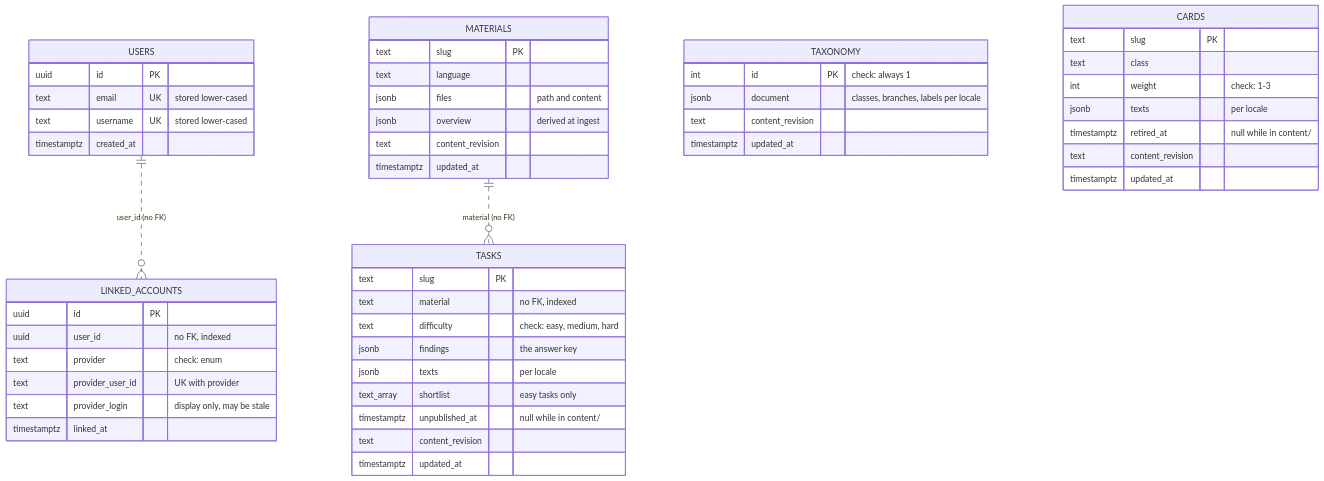
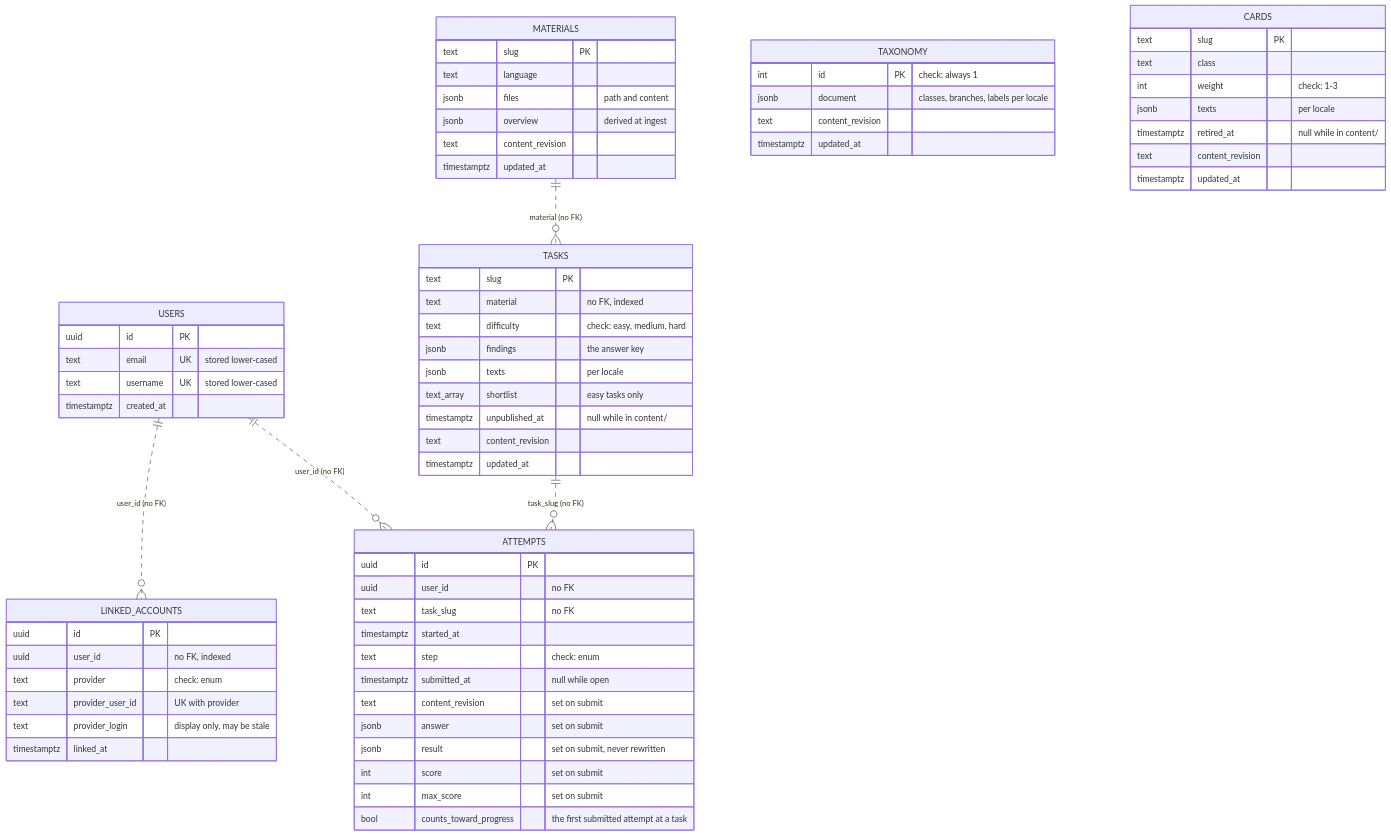
The diagram in docs/DATABASE_SCHEMA.md (shoraLBRT/ritocode), drawn with Mermaid before and after one commit. The commit also changed other lines of this file and 39 other files, not shown here.

First line of the commit message:
feat: Attempts module - start, record step, submit, read, history (#125)

````diff
--- a/docs/DATABASE_SCHEMA.md
+++ b/docs/DATABASE_SCHEMA.md
@@ -26,59 +27,76 @@
 ```mermaid
 erDiagram
     USERS ||..o{ LINKED_ACCOUNTS : "user_id (no FK)"
     MATERIALS ||..o{ TASKS : "material (no FK)"
+    USERS ||..o{ ATTEMPTS : "user_id (no FK)"
+    TASKS ||..o{ ATTEMPTS : "task_slug (no FK)"
 
     USERS {
         uuid id PK
         text email UK "stored lower-cased"
         text username UK "stored lower-cased"
         timestamptz created_at
     }
 
     LINKED_ACCOUNTS {
         uuid id PK
         uuid user_id "no FK, indexed"
         text provider "check: enum"
         text provider_user_id "UK with provider"
         text provider_login "display only, may be stale"
         timestamptz linked_at
     }
 
     TAXONOMY {
         int id PK "check: always 1"
         jsonb document "classes, branches, labels per locale"
         text content_revision
         timestamptz updated_at
     }
 
     CARDS {
         text slug PK
         text class
         int weight "check: 1-3"
         jsonb texts "per locale"
         timestamptz retired_at "null while in content/"
         text content_revision
         timestamptz updated_at
     }
 
     MATERIALS {
         text slug PK
         text language
         jsonb files "path and content"
         jsonb overview "derived at ingest"
         text content_revision
         timestamptz updated_at
     }
 
     TASKS {
         text slug PK
         text material "no FK, indexed"
         text difficulty "check: easy, medium, hard"
         jsonb findings "the answer key"
         jsonb texts "per locale"
         text_array shortlist "easy tasks only"
         timestamptz unpublished_at "null while in content/"
         text content_revision
         timestamptz updated_at
     }
+
+    ATTEMPTS {
+        uuid id PK
+        uuid user_id "no FK"
+        text task_slug "no FK"
+        timestamptz started_at
+        text step "check: enum"
+        timestamptz submitted_at "null while open"
+        text content_revision "set on submit"
+        jsonb answer "set on submit"
+        jsonb result "set on submit, never rewritten"
+        int score "set on submit"
+        int max_score "set on submit"
+        bool counts_toward_progress "the first submitted attempt at a task"
+    }
 ```
````
